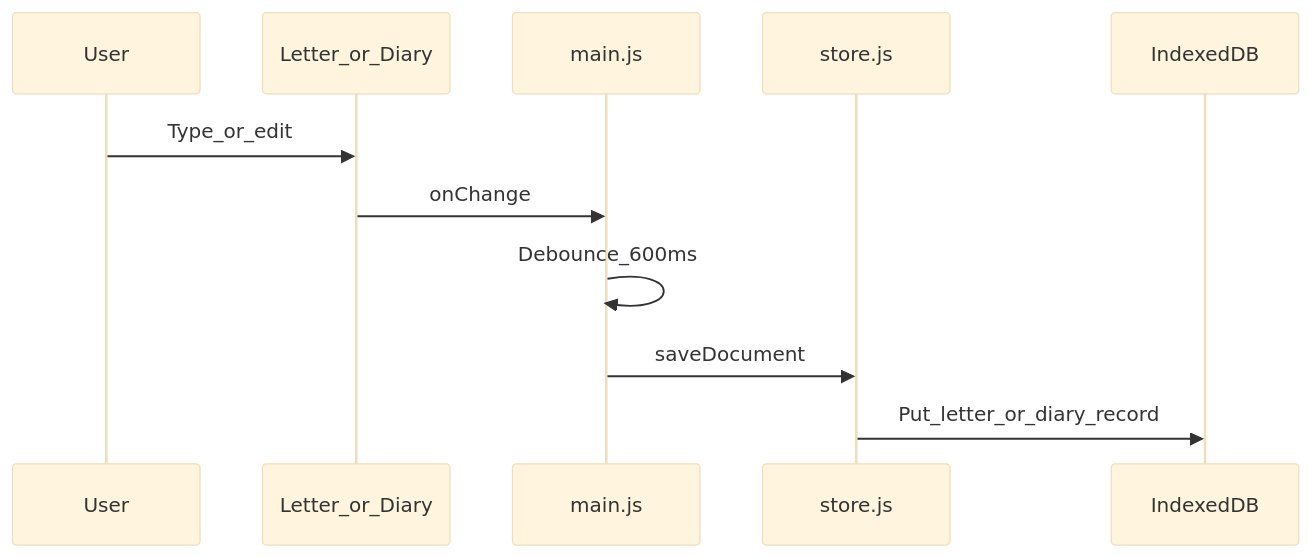
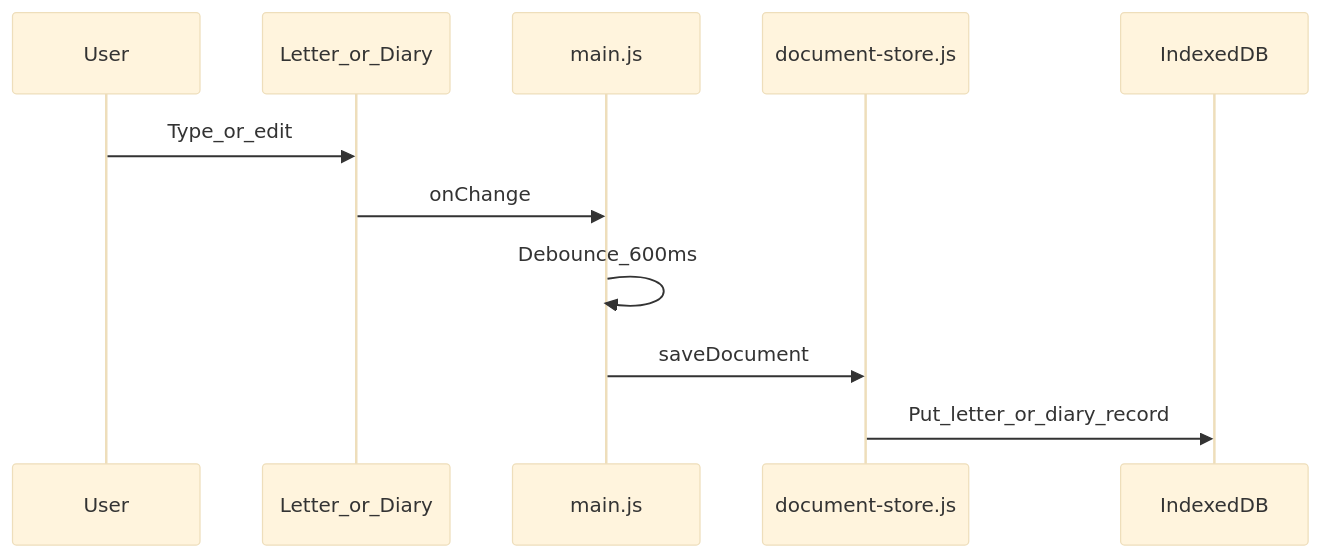
Before and after one commit to arverma/Bihar-Police-Notebook: the diagram in docs/components/storage.md, drawn with Mermaid (base theme). The commit also changed other lines of this file and 29 other files, not shown here.

````diff
--- a/docs/components/storage.md
+++ b/docs/components/storage.md
@@ -7,14 +7,14 @@
 ```mermaid
 sequenceDiagram
   participant User
   participant Sheet as Letter_or_Diary
   participant Main as main.js
-  participant Store as store.js
+  participant Store as document-store.js
   participant IDB as IndexedDB
 
   User->>Sheet: Type_or_edit
   Sheet->>Main: onChange
   Main->>Main: Debounce_600ms
   Main->>Store: saveDocument
   Store->>IDB: Put_letter_or_diary_record
 ```
````
